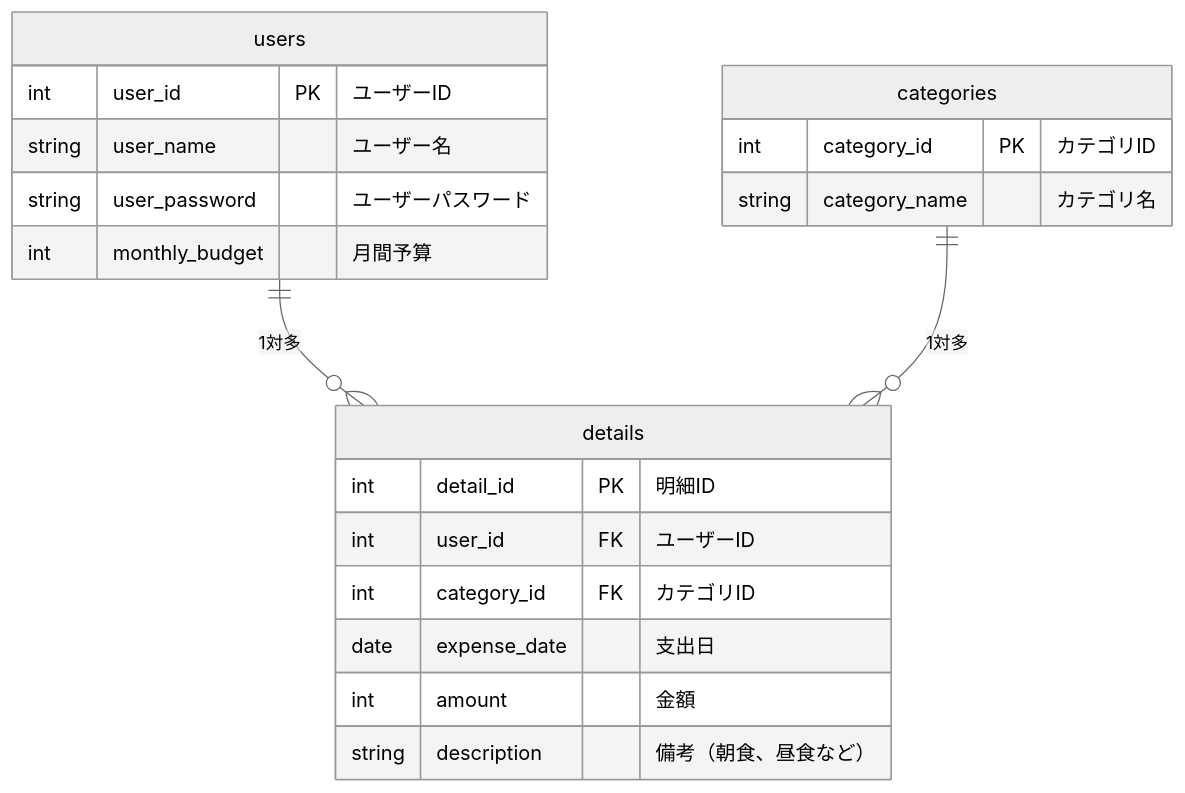
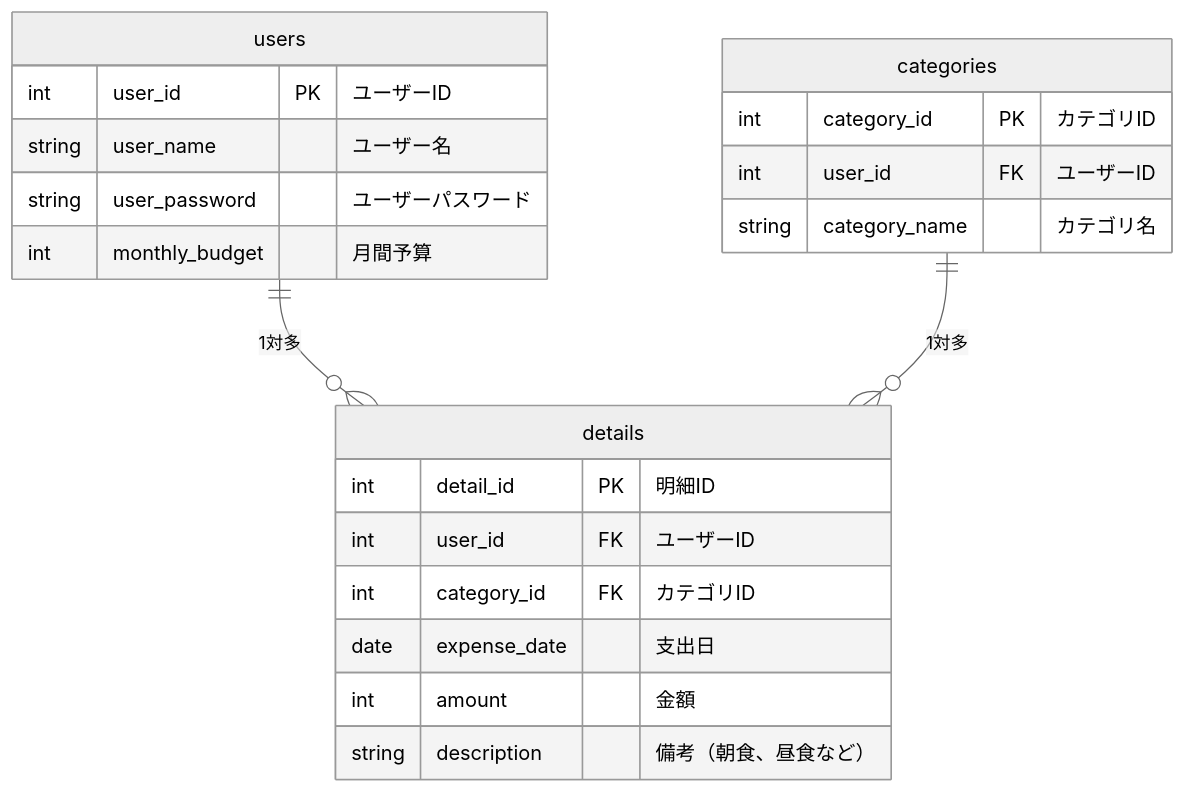
One commit to youegawa/youegawa-web-app changed the diagram in README.md. Above: the diagram before and after it, drawn with Mermaid (neutral theme). The commit also changed 1 other file, not shown here.

Commit message:
カテゴリテーブルの個別追加対応に伴うテーブル定義の変更

````diff
--- a/README.md
+++ b/README.md
@@ -204,24 +204,25 @@
 ```mermaid
 erDiagram
     users ||--o{ details : "1対多"
     categories ||--o{ details : "1対多"
 
     users {
         int user_id PK "ユーザーID"
         string user_name "ユーザー名"
         string user_password "ユーザーパスワード"
         int monthly_budget "月間予算"
     }
     categories {
         int category_id PK "カテゴリID"
+        int user_id FK "ユーザーID"
         string category_name "カテゴリ名"
     }
     details {
         int detail_id PK "明細ID"
         int user_id FK "ユーザーID"
         int category_id FK "カテゴリID"
         date expense_date "支出日"
         int amount "金額"
         string description "備考（朝食、昼食など）"
     }
 ```    
````
